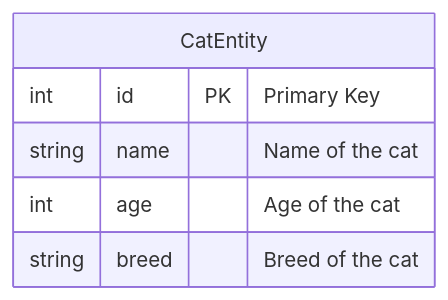
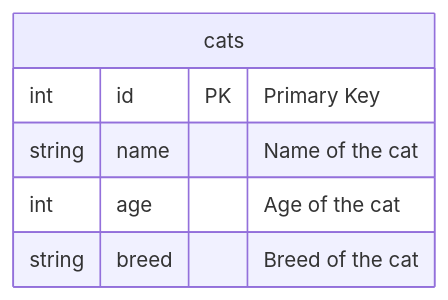
One commit to devops-practical-classes-25/construct-tasks-base changed the diagram in docs/db/er-diagram.md. Above: the diagram before and after it, drawn with Mermaid. The commit also changed 2 other files, not shown here.

Commit message:
fix command in docker compose file

````diff
--- a/docs/db/er-diagram.md
+++ b/docs/db/er-diagram.md
@@ -3,9 +3,9 @@
 ```mermaid
 erDiagram
-    CatEntity {
+    cats {
         int id PK "Primary Key"
         string name "Name of the cat"
         int age "Age of the cat"
         string breed "Breed of the cat"
     }
 ```
````
